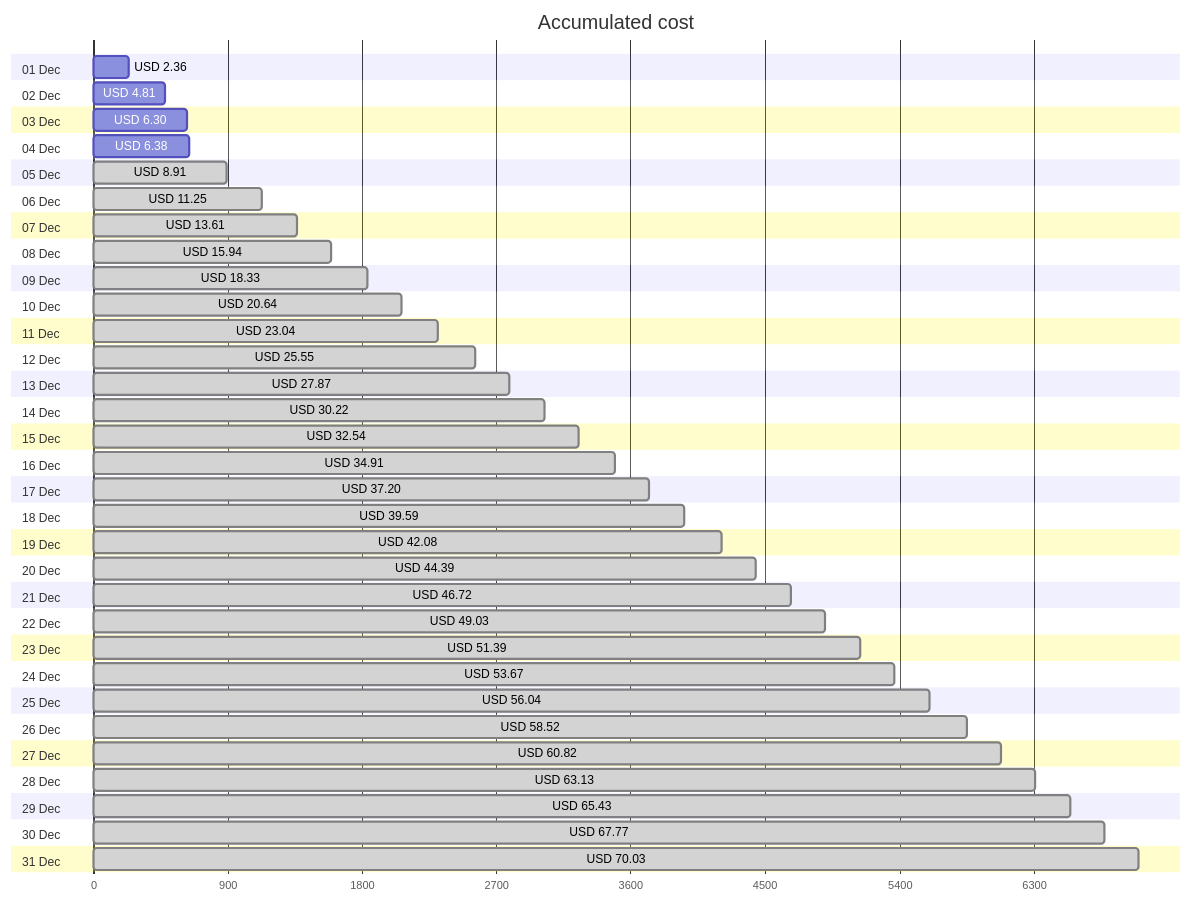
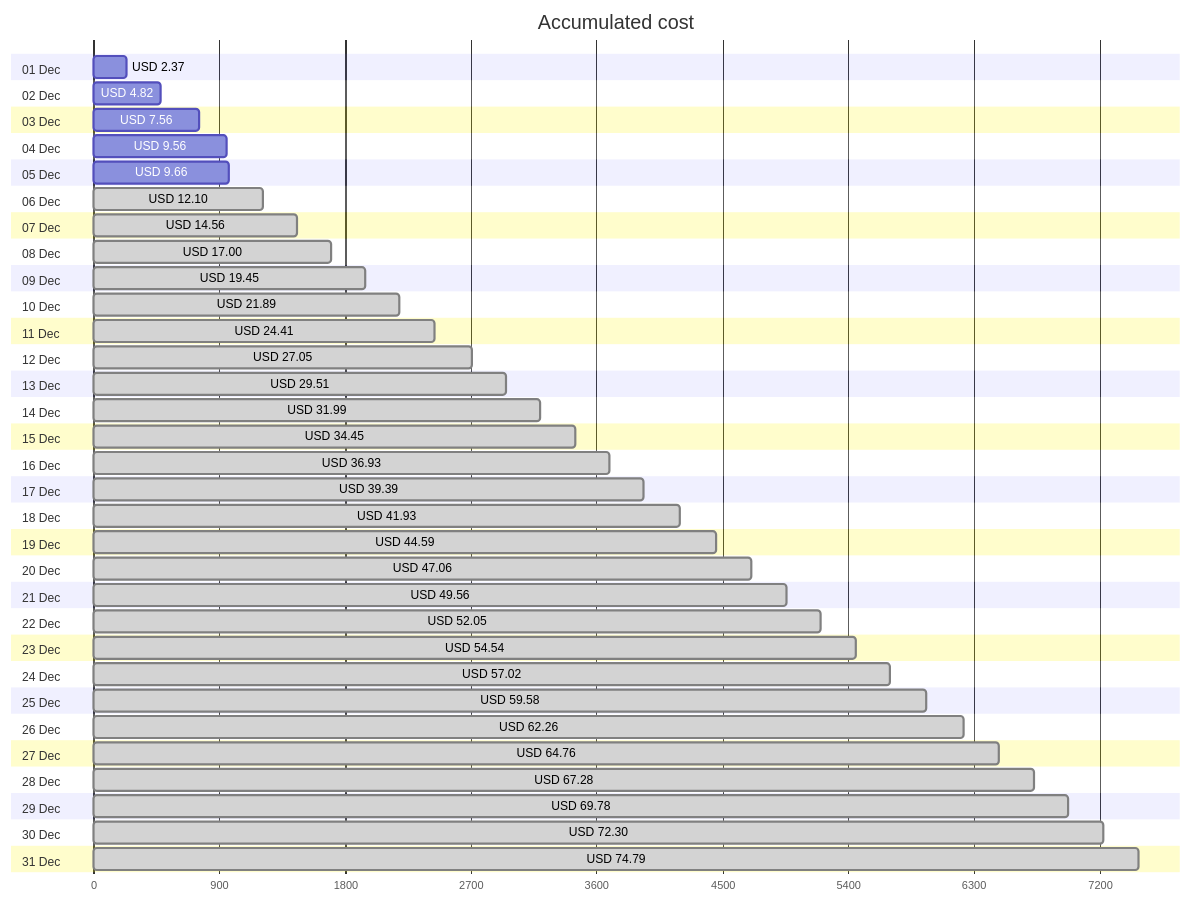
The first of 4 diagrams in cost-reports/accumulated-cost.md (jpfulton/azure-personal-reports), drawn with Mermaid before and after one commit. The commit also changed other lines of this file and 4 other files, not shown here.

````diff
--- a/cost-reports/accumulated-cost.md
+++ b/cost-reports/accumulated-cost.md
@@ -20,68 +20,68 @@
 ```mermaid
 gantt
    title Accumulated cost
    dateFormat  X
    axisFormat %s
    section 01 Dec
-   USD 2.36 :0, 236
+   USD 2.37 :0, 237
    section 02 Dec
-   USD 4.81 :0, 481
+   USD 4.82 :0, 482
    section 03 Dec
-   USD 6.30 :0, 630
+   USD 7.56 :0, 756
    section 04 Dec
-   USD 6.38 :0, 638
+   USD 9.56 :0, 956
    section 05 Dec
-   USD 8.91 : done, 0, 891
+   USD 9.66 :0, 966
    section 06 Dec
-   USD 11.25 : done, 0, 1125
+   USD 12.10 : done, 0, 1210
    section 07 Dec
-   USD 13.61 : done, 0, 1361
+   USD 14.56 : done, 0, 1456
    section 08 Dec
-   USD 15.94 : done, 0, 1594
+   USD 17.00 : done, 0, 1700
    section 09 Dec
-   USD 18.33 : done, 0, 1833
+   USD 19.45 : done, 0, 1945
    section 10 Dec
-   USD 20.64 : done, 0, 2064
+   USD 21.89 : done, 0, 2189
    section 11 Dec
-   USD 23.04 : done, 0, 2304
+   USD 24.41 : done, 0, 2441
    section 12 Dec
-   USD 25.55 : done, 0, 2555
+   USD 27.05 : done, 0, 2705
    section 13 Dec
-   USD 27.87 : done, 0, 2787
+   USD 29.51 : done, 0, 2951
    section 14 Dec
-   USD 30.22 : done, 0, 3022
+   USD 31.99 : done, 0, 3199
    section 15 Dec
-   USD 32.54 : done, 0, 3254
+   USD 34.45 : done, 0, 3445
    section 16 Dec
-   USD 34.91 : done, 0, 3491
+   USD 36.93 : done, 0, 3693
    section 17 Dec
-   USD 37.20 : done, 0, 3720
+   USD 39.39 : done, 0, 3939
    section 18 Dec
-   USD 39.59 : done, 0, 3959
+   USD 41.93 : done, 0, 4193
    section 19 Dec
-   USD 42.08 : done, 0, 4208
+   USD 44.59 : done, 0, 4459
    section 20 Dec
-   USD 44.39 : done, 0, 4439
+   USD 47.06 : done, 0, 4706
    section 21 Dec
-   USD 46.72 : done, 0, 4672
+   USD 49.56 : done, 0, 4956
    section 22 Dec
-   USD 49.03 : done, 0, 4903
+   USD 52.05 : done, 0, 5205
    section 23 Dec
-   USD 51.39 : done, 0, 5139
+   USD 54.54 : done, 0, 5454
    section 24 Dec
-   USD 53.67 : done, 0, 5367
+   USD 57.02 : done, 0, 5702
    section 25 Dec
-   USD 56.04 : done, 0, 5604
+   USD 59.58 : done, 0, 5958
    section 26 Dec
-   USD 58.52 : done, 0, 5852
+   USD 62.26 : done, 0, 6226
    section 27 Dec
-   USD 60.82 : done, 0, 6082
+   USD 64.76 : done, 0, 6476
    section 28 Dec
-   USD 63.13 : done, 0, 6313
+   USD 67.28 : done, 0, 6728
    section 29 Dec
-   USD 65.43 : done, 0, 6543
+   USD 69.78 : done, 0, 6978
    section 30 Dec
-   USD 67.77 : done, 0, 6777
+   USD 72.30 : done, 0, 7230
    section 31 Dec
-   USD 70.03 : done, 0, 7003
+   USD 74.79 : done, 0, 7479
 ```
````
